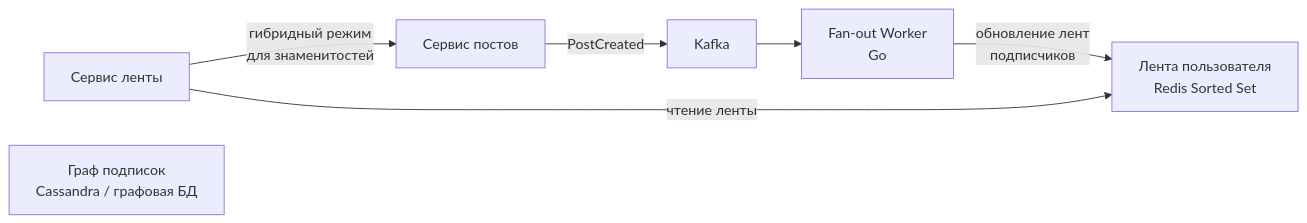
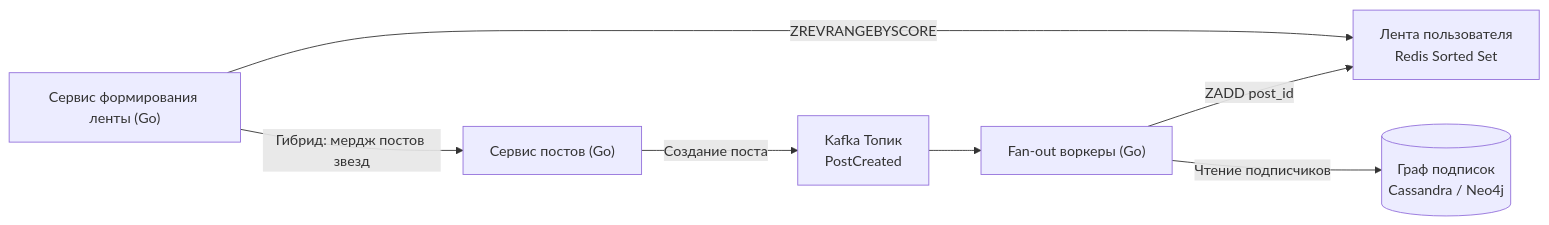
The third of 10 diagrams in sources/11. Архитектура и System Design/52. Разбор типичных System Design задач.md (UnrealTemplier/go-textbook), drawn with Mermaid before and after one commit. The commit also changed other lines of this file, not shown here.

````diff
--- a/sources/11. Архитектура и System Design/52. Разбор типичных System Design задач.md
+++ b/sources/11. Архитектура и System Design/52. Разбор типичных System Design задач.md
@@ -126,14 +167,16 @@
 ```mermaid
 flowchart LR
-    PostSvc["Сервис постов"]
-    Worker["Fan-out Worker<br>Go"]
+    PostSvc["Сервис постов (Go)"]
+    Kafka["Kafka Топик<br>PostCreated"]
+    Worker["Fan-out воркеры (Go)"]
     TimelineCache["Лента пользователя<br>Redis Sorted Set"]
-    FeedSvc["Сервис ленты"]
-    GraphDB["Граф подписок<br>Cassandra / графовая БД"]
+    FeedSvc["Сервис формирования ленты (Go)"]
+    GraphDB[("Граф подписок<br>Cassandra / Neo4j")]
 
-    PostSvc -->|"PostCreated"| Kafka
+    PostSvc -->|"Создание поста"| Kafka
     Kafka --> Worker
-    Worker -->|"обновление лент<br>подписчиков"| TimelineCache
-    FeedSvc -->|"чтение ленты"| TimelineCache
-    FeedSvc -->|"гибридный режим<br>для знаменитостей"| PostSvc
+    Worker -->|"Чтение подписчиков"| GraphDB
+    Worker -->|"ZADD post_id"| TimelineCache
+    FeedSvc -->|"ZREVRANGEBYSCORE"| TimelineCache
+    FeedSvc -->|"Гибрид: мердж постов звезд"| PostSvc
 ```
````
